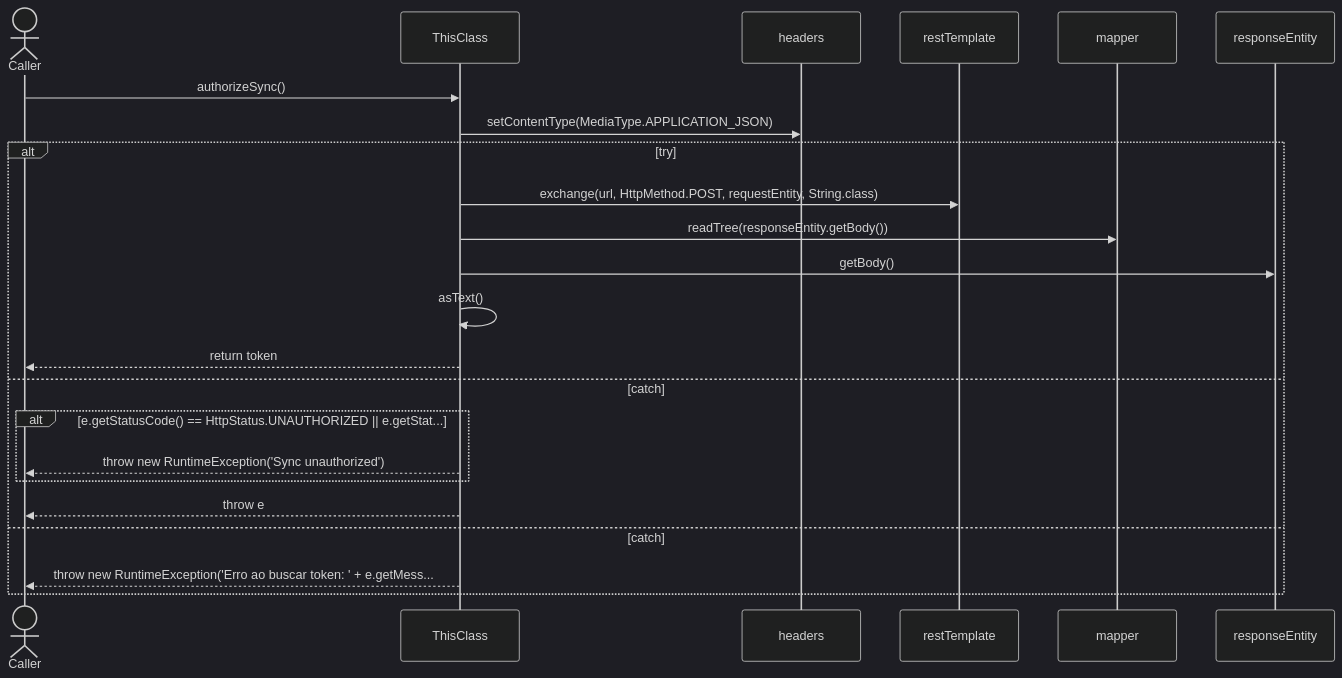
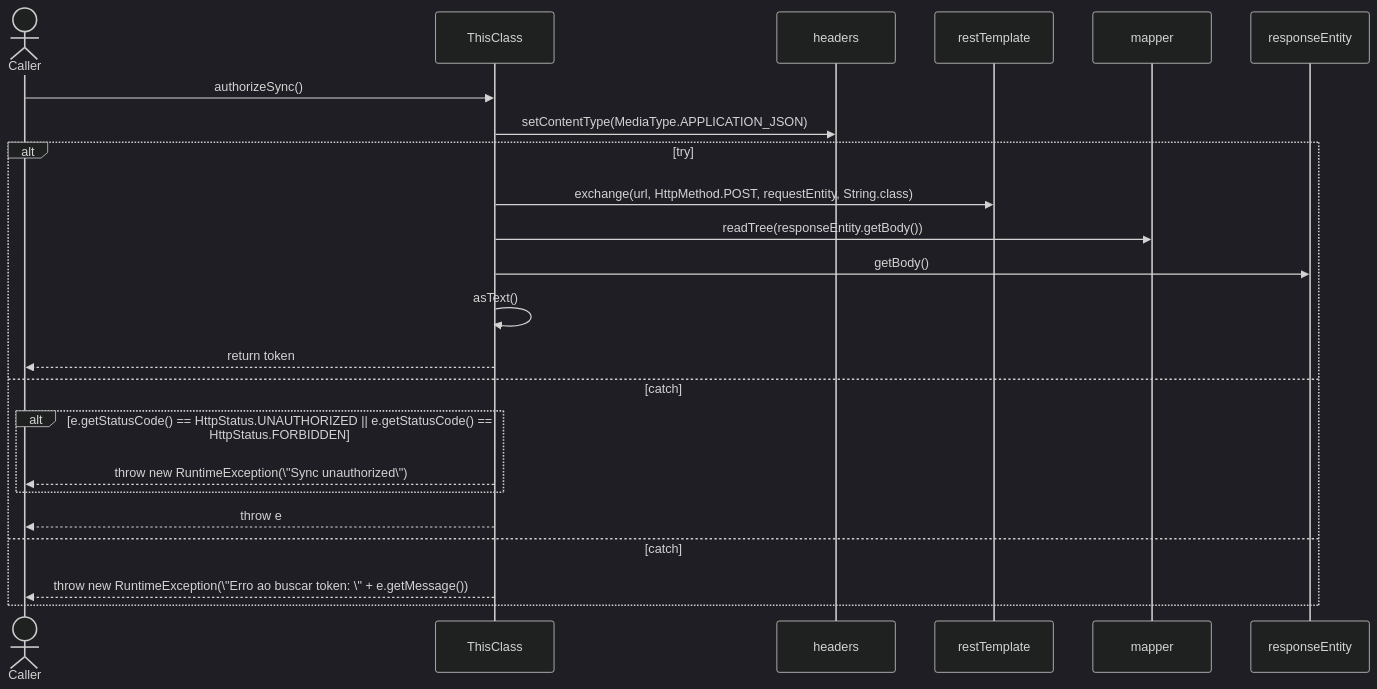
The sixth of 16 diagrams in docs/CloudSyncUploadService.md (FelipeMCassiano/geanky), drawn with Mermaid (dark theme) before and after one commit. The commit also changed other lines of this file and 6 other files, not shown here.

````diff
--- a/docs/CloudSyncUploadService.md
+++ b/docs/CloudSyncUploadService.md
@@ -482,27 +482,27 @@
 ```mermaid
 sequenceDiagram
     actor Caller
     participant ThisClass
     participant headers
     participant restTemplate
     participant mapper
     participant responseEntity
 
     Caller->>ThisClass: authorizeSync()
     ThisClass->>headers: setContentType(MediaType.APPLICATION_JSON)
     alt try
     ThisClass->>restTemplate: exchange(url, HttpMethod.POST, requestEntity, String.class)
     ThisClass->>mapper: readTree(responseEntity.getBody())
     ThisClass->>responseEntity: getBody()
     ThisClass->>ThisClass: asText()
     ThisClass-->>Caller: return token
     else catch 
-    alt e.getStatusCode() == HttpStatus.UNAUTHORIZED || e.getStat...
-    ThisClass-->>Caller: throw new RuntimeException('Sync unauthorized')
+    alt e.getStatusCode() == HttpStatus.UNAUTHORIZED || e.getStatusCode() == HttpStatus.FORBIDDEN
+    ThisClass-->>Caller: throw new RuntimeException(\"Sync unauthorized\")
     end
     ThisClass-->>Caller: throw e
     else catch 
-    ThisClass-->>Caller: throw new RuntimeException('Erro ao buscar token: ' + e.getMess...
+    ThisClass-->>Caller: throw new RuntimeException(\"Erro ao buscar token: \" + e.getMessage())
     end
 
 ```
````
